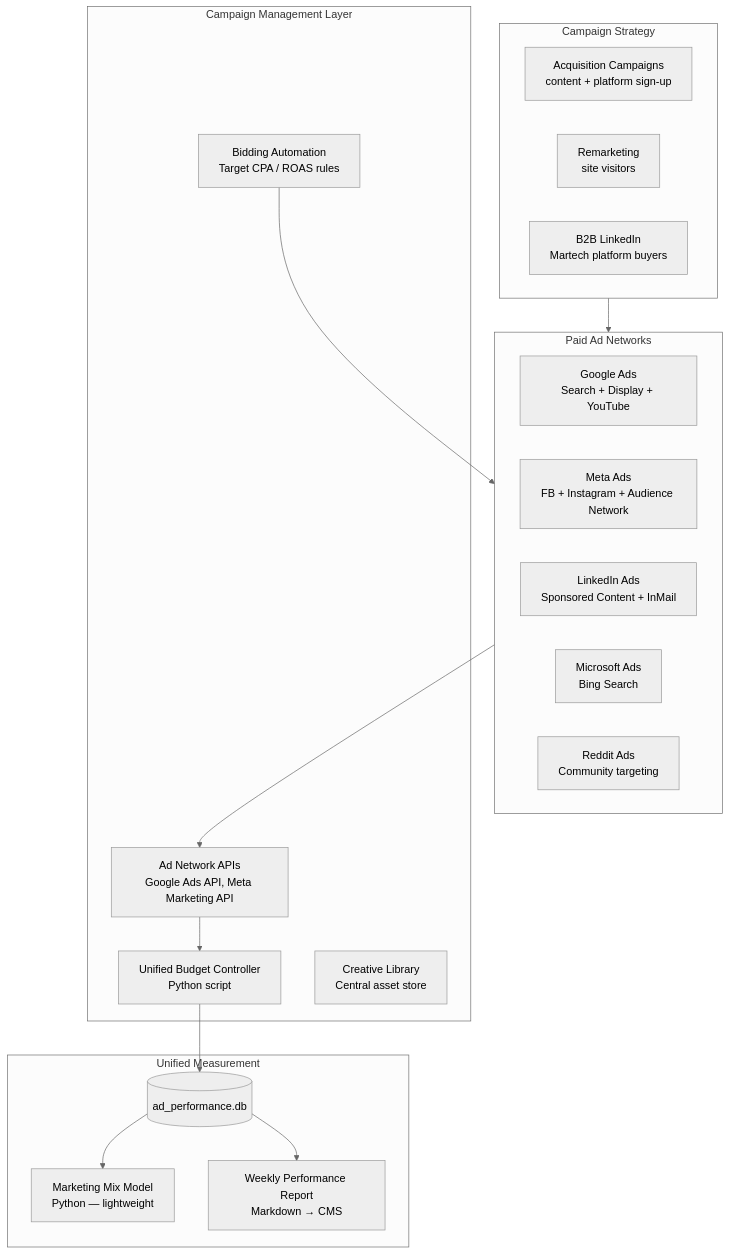
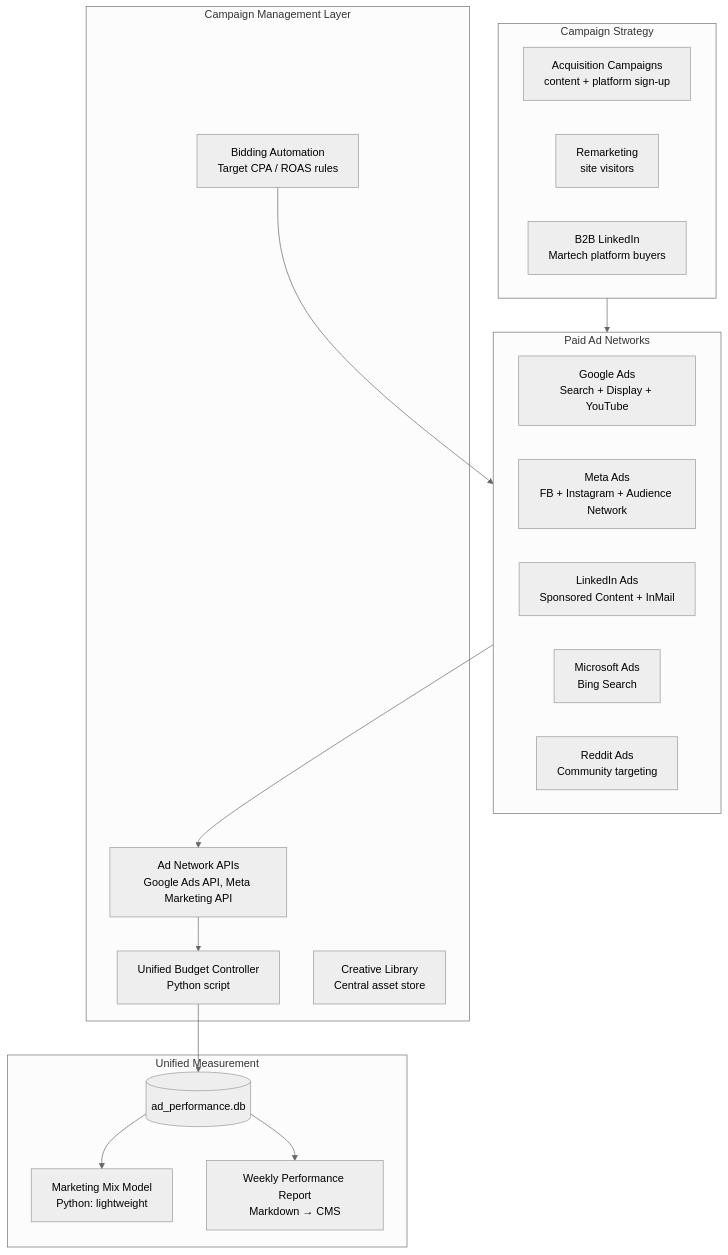
Before and after one commit to mengliang10/future: the first of 5 diagrams in enhancements/11-ad-network-management.md, drawn with Mermaid (neutral theme). The commit also changed other lines of this file and 348 other files, not shown here.

Commit message:
Global removal of em-dashes, homepage section reordering, and flow improvements

````diff
--- a/enhancements/11-ad-network-management.md
+++ b/enhancements/11-ad-network-management.md
@@ -13,36 +13,36 @@
 ```mermaid
 graph TD
     subgraph Networks["Paid Ad Networks"]
         GADS[Google Ads\nSearch + Display + YouTube]
         META[Meta Ads\nFB + Instagram + Audience Network]
         LI[LinkedIn Ads\nSponsored Content + InMail]
         BING[Microsoft Ads\nBing Search]
         REDDIT[Reddit Ads\nCommunity targeting]
     end
 
     subgraph Management["Campaign Management Layer"]
         API[Ad Network APIs\nGoogle Ads API, Meta Marketing API]
         BUDGET[Unified Budget Controller\nPython script]
         BID[Bidding Automation\nTarget CPA / ROAS rules]
         CREATIVE[Creative Library\nCentral asset store]
     end
 
     subgraph Measurement["Unified Measurement"]
         WAREHOUSE[(ad_performance.db)]
-        MMM[Marketing Mix Model\nPython — lightweight]
+        MMM[Marketing Mix Model\nPython: lightweight]
         REPORT[Weekly Performance Report\nMarkdown → CMS]
     end
 
     subgraph Strategy["Campaign Strategy"]
         ACQ[Acquisition Campaigns\ncontent + platform sign-up]
         REMARK[Remarketing\nsite visitors]
         B2B[B2B LinkedIn\nMartech platform buyers]
     end
 
     Networks --> API
     API --> BUDGET --> WAREHOUSE
     BID --> Networks
     WAREHOUSE --> MMM
     WAREHOUSE --> REPORT
     Strategy --> Networks
 ```
````
